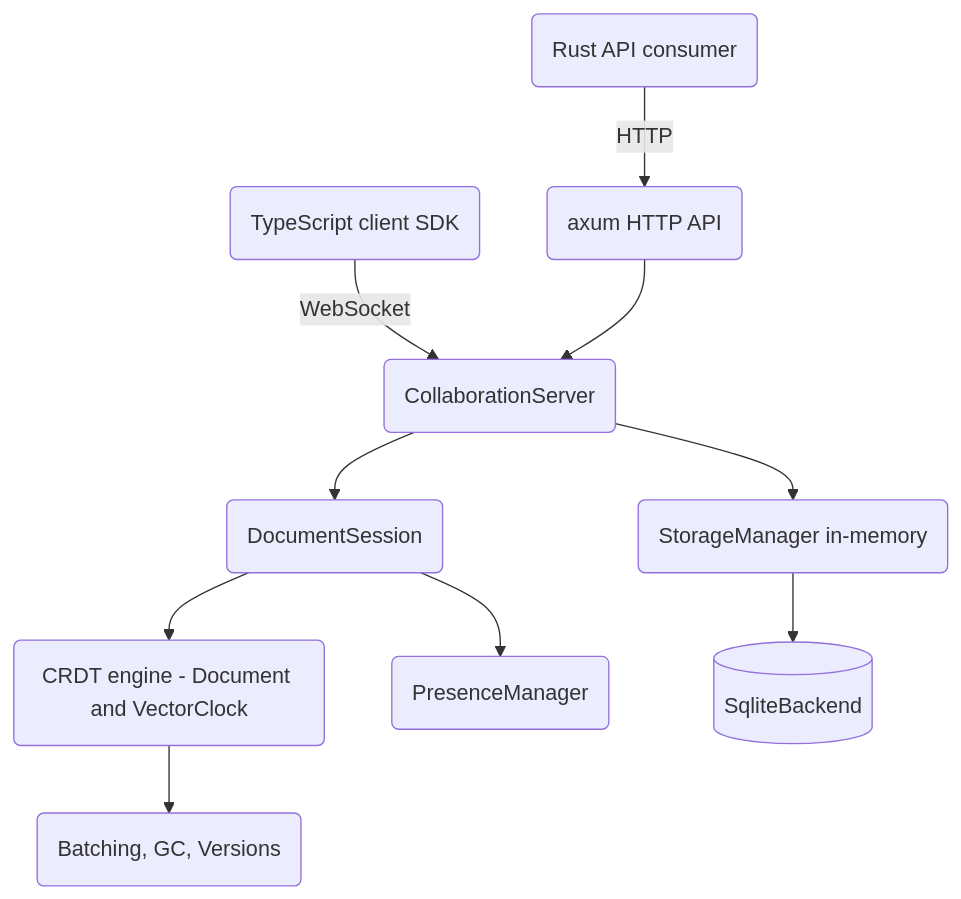
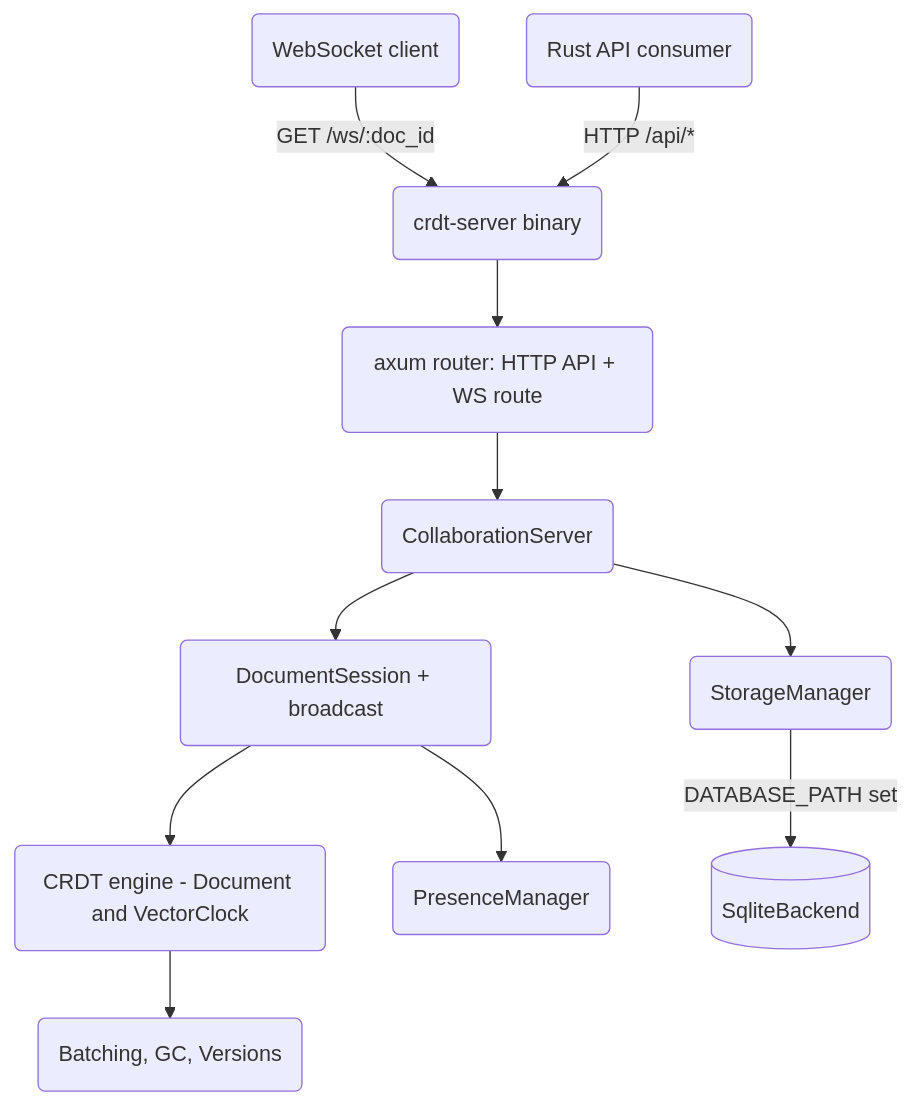
The diagram in 16-crdt-collaboration/README.md (jchu0/applied-cs-projects), drawn with Mermaid before and after one commit. The commit also changed other lines of this file and 6 other files, not shown here.

First line of the commit message:
Tier B 16: runnable collaboration server (WebSocket + SQLite persistence)

````diff
--- a/16-crdt-collaboration/README.md
+++ b/16-crdt-collaboration/README.md
@@ -25,12 +26,13 @@
 ```mermaid
 flowchart TD
-    Browser(TypeScript client SDK) -->|WebSocket| Server(CollaborationServer)
-    RustClient(Rust API consumer) -->|HTTP| Api(axum HTTP API)
-    Api --> Server
-    Server --> Session(DocumentSession)
+    Browser(WebSocket client) -->|GET /ws/:doc_id| Bin(crdt-server binary)
+    RustClient(Rust API consumer) -->|HTTP /api/*| Bin
+    Bin --> Api(axum router: HTTP API + WS route)
+    Api --> Server(CollaborationServer)
+    Server --> Session(DocumentSession + broadcast)
     Session --> Engine(CRDT engine - Document and VectorClock)
     Session --> Presence(PresenceManager)
-    Server --> Storage(StorageManager in-memory)
-    Storage --> Sqlite[(SqliteBackend)]
+    Server --> Storage(StorageManager)
+    Storage -->|DATABASE_PATH set| Sqlite[(SqliteBackend)]
     Engine --> Perf(Batching, GC, Versions)
 ```
````
